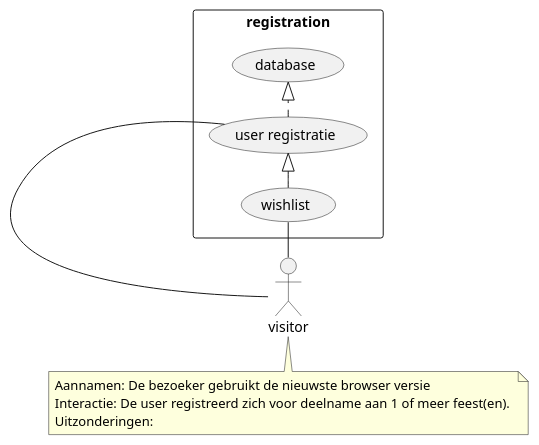
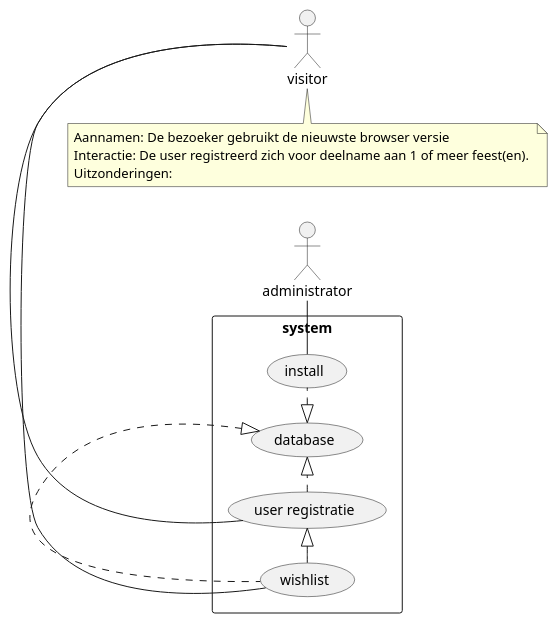
The diagram in uml/use-case-relaties.puml (gwratsch/party), drawn with PlantUML before and after one commit. The commit also changed 12 other files, not shown here.

```diff
--- a/uml/use-case-relaties.puml
+++ b/uml/use-case-relaties.puml
@@ -1,17 +1,21 @@
 @startuml
 left to right direction
 skinparam packageStyle rectangle
+    actor administrator
     actor visitor
-
-rectangle registration{
+    
+rectangle system{
+    (database) <|. (install)
+    administrator - (install)
+    (user registratie) .|>  (database)
     visitor - (user registratie)
-    (user registratie) .|>  (database)
     visitor - (wishlist)
     (wishlist) -|> (user registratie)
+    (database) <|. (wishlist)
 }
 note bottom of visitor
     Aannamen: De bezoeker gebruikt de nieuwste browser versie
     Interactie: De user registreerd zich voor deelname aan 1 of meer feest(en). 
     Uitzonderingen:
 end note
 @enduml
```
